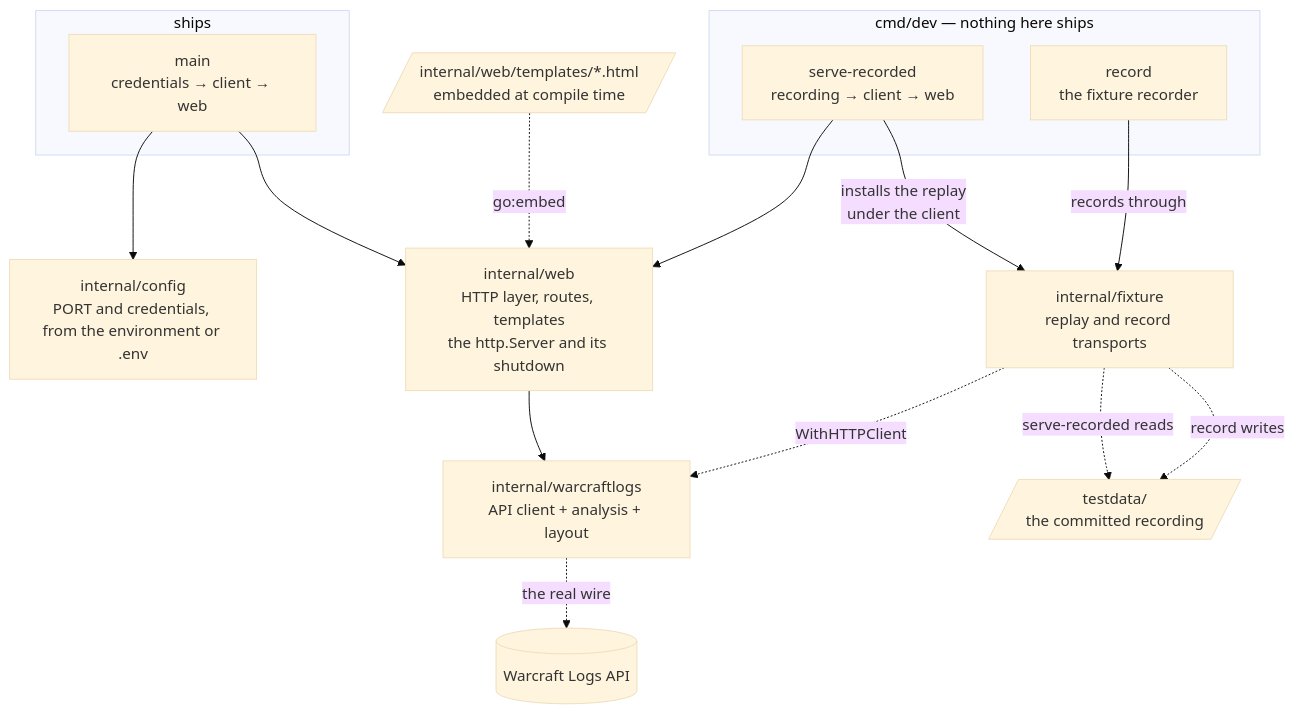
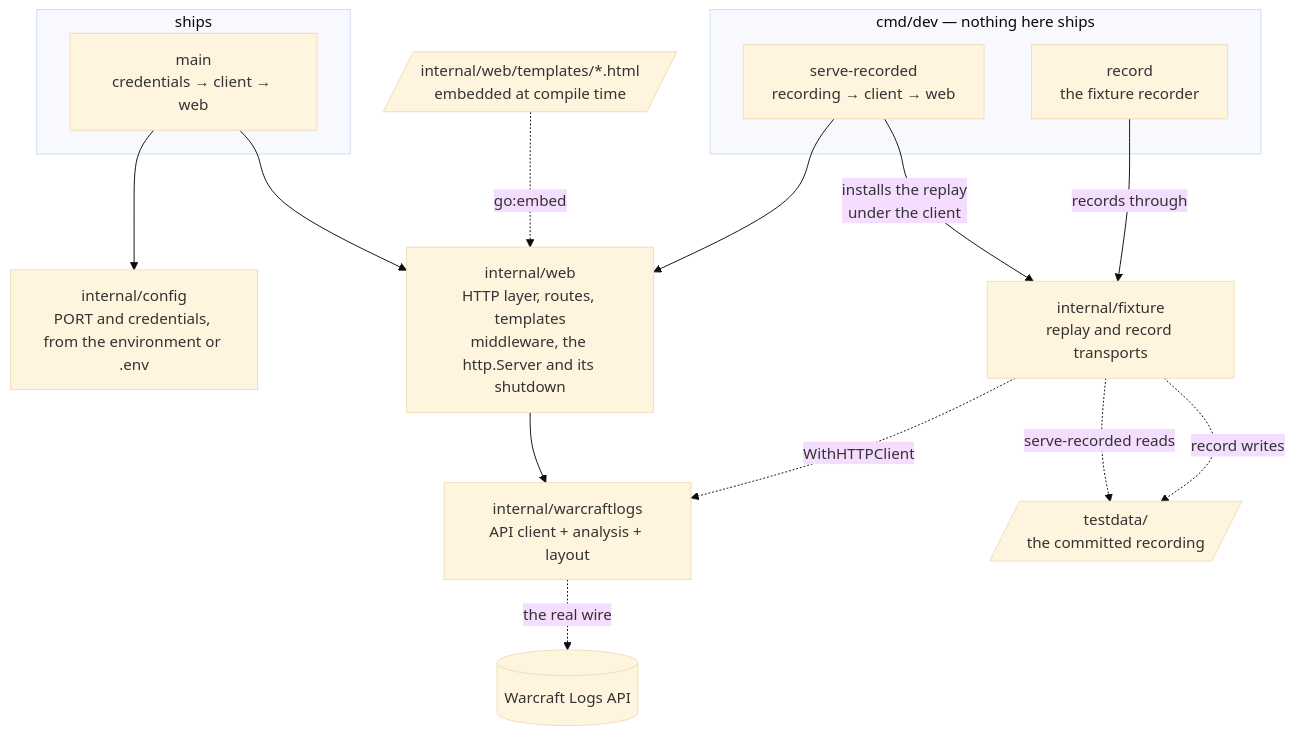
The second of 3 diagrams in ARCHITECTURE.md (Gabriel2048/wow-insights), drawn with Mermaid (base theme) before and after one commit. The commit also changed other lines of this file and 16 other files, not shown here.

````diff
--- a/ARCHITECTURE.md
+++ b/ARCHITECTURE.md
@@ -52,38 +52,38 @@
 ```mermaid
 flowchart TB
     %% verified: package graph
     subgraph ships["ships"]
         main["main<br/>credentials → client → web"]
     end
     subgraph dev["cmd/dev — nothing here ships"]
         serve_recorded["serve-recorded<br/>recording → client → web"]
         record["record<br/>the fixture recorder"]
     end
     templates[/"internal/web/templates/*.html<br/>embedded at compile time"/]
-    web["internal/web<br/>HTTP layer, routes, templates<br/>the http.Server and its shutdown"]
+    web["internal/web<br/>HTTP layer, routes, templates<br/>middleware, the http.Server and its shutdown"]
     config["internal/config<br/>PORT and credentials, from the environment or .env"]
     fixture["internal/fixture<br/>replay and record transports"]
     warcraftlogs["internal/warcraftlogs<br/>API client + analysis + layout"]
     api[("Warcraft Logs API")]
     testdata[/"testdata/<br/>the committed recording"/]
 
     main --> config
     main --> web
     serve_recorded --> web
     serve_recorded -->|"installs the replay<br/>under the client"| fixture
     record -->|"records through"| fixture
     templates -.->|"go:embed"| web
     web --> warcraftlogs
     %% Every binary also builds the client (warcraftlogs.New) and reads its
     %% configuration. Real, verified, and not drawn: the labels say it and
     %% the lines would only cross what matters.
     %% main --> warcraftlogs
     %% serve_recorded --> warcraftlogs
     %% record --> warcraftlogs
     %% serve_recorded --> config
     %% record --> config
     fixture -.->|"WithHTTPClient"| warcraftlogs
     fixture -.->|"serve-recorded reads"| testdata
     fixture -.->|"record writes"| testdata
     warcraftlogs -.->|"the real wire"| api
 ```
````
